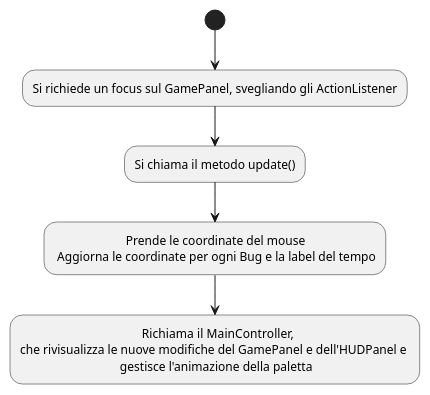
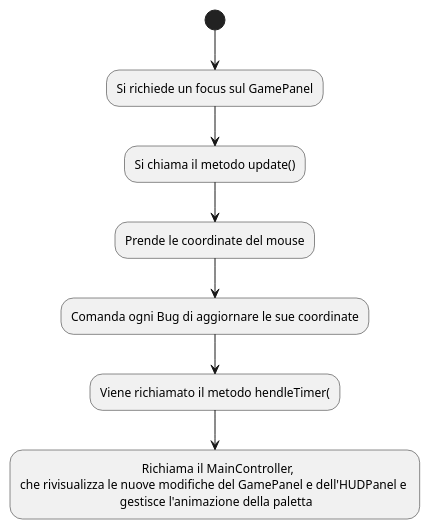
Before and after one commit to lcintini/JFlySwatter: the diagram in out/production/JFlySwatter/controller/DoOneLoopActivity.puml, drawn with PlantUML. The commit also changed 22 other files, not shown here.

Commit message:
correzione diagrammi di flusso

```diff
--- a/out/production/JFlySwatter/controller/DoOneLoopActivity.puml
+++ b/out/production/JFlySwatter/controller/DoOneLoopActivity.puml
@@ -1,10 +1,12 @@
 @startuml
 'https://plantuml.com/activity-diagram-beta
 
-(*)  --> "Si richiede un focus sul GamePanel, svegliando gli ActionListener"
+(*)  --> "Si richiede un focus sul GamePanel"
 --> "Si chiama il metodo update()"
--->"                       Prende le coordinate del mouse \n Aggiorna le coordinate per ogni Bug e la label del tempo"
+-->"Prende le coordinate del mouse"
+-->"Comanda ogni Bug di aggiornare le sue coordinate"
+--> "Viene richiamato il metodo hendleTimer("
 -->"                                       Richiama il MainController, \nche rivisualizza le nuove modifiche del GamePanel e dell'HUDPanel e \n                                gestisce l'animazione della paletta"
 
 
 @enduml
```
